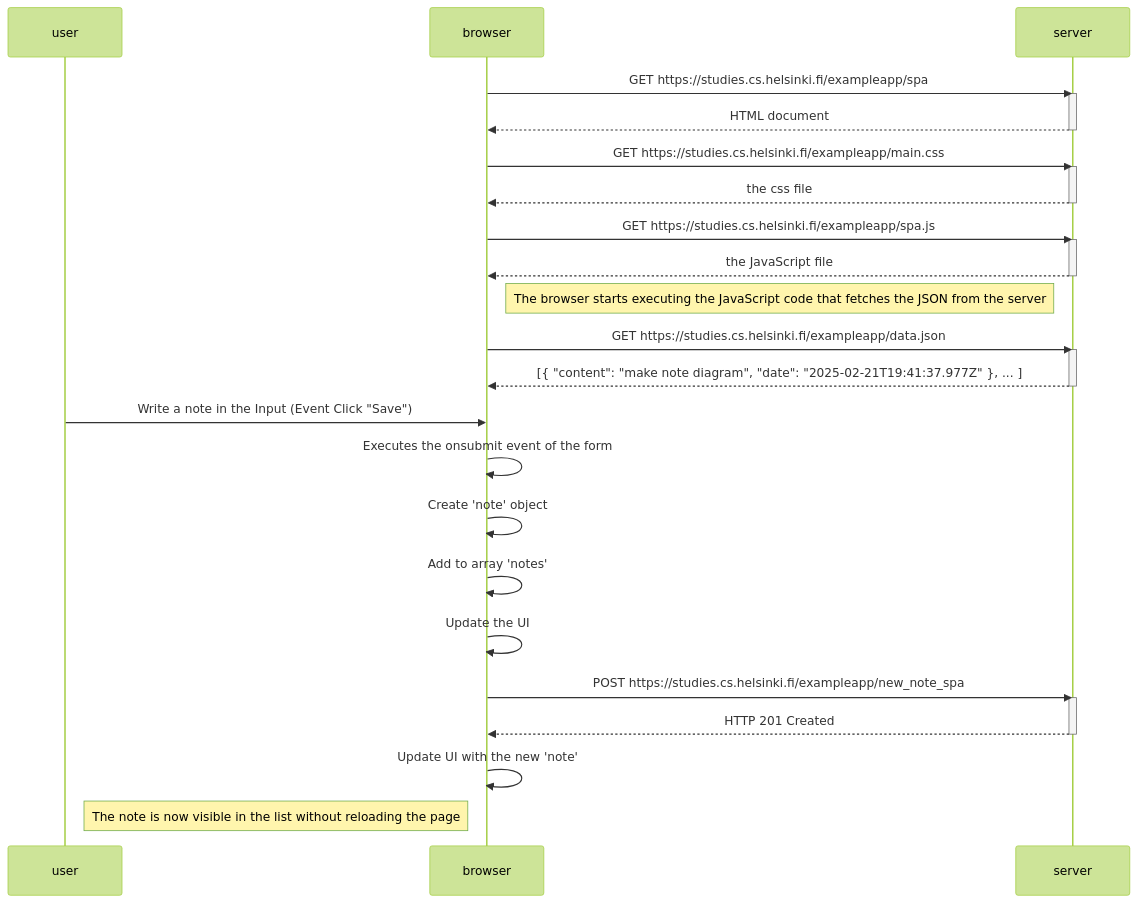
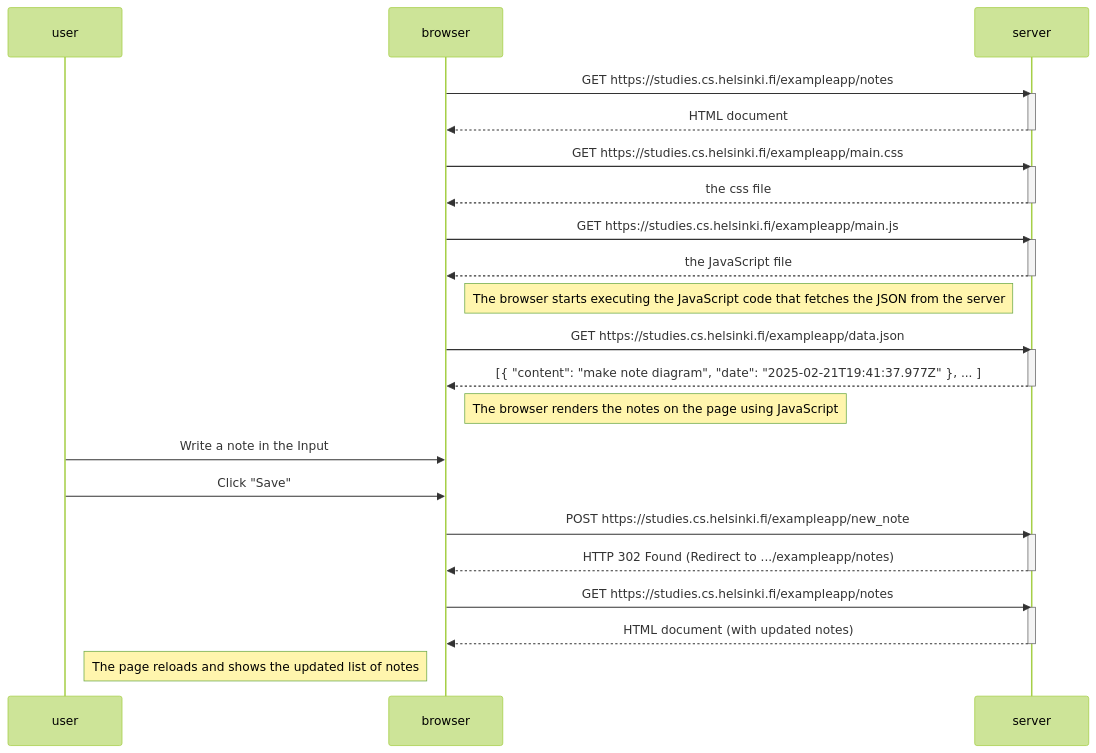
The diagram in part0/0.4-new-note-diagram.md (AlexHuaracha/full-stack-open), drawn with Mermaid (forest theme) before and after one commit.

Commit message:
update 0.4-new-note-diagram

````diff
--- a/part0/0.4-new-note-diagram.md
+++ b/part0/0.4-new-note-diagram.md
@@ -1,42 +1,46 @@
 ```mermaid
 
 sequenceDiagram
     participant user
     participant browser
     participant server
 
-    browser->>server: GET https://studies.cs.helsinki.fi/exampleapp/spa
+    browser->>server: GET https://studies.cs.helsinki.fi/exampleapp/notes
     activate server
     server-->>browser: HTML document
     deactivate server
 
     browser->>server: GET https://studies.cs.helsinki.fi/exampleapp/main.css
     activate server
     server-->>browser: the css file
     deactivate server
 
-    browser->>server: GET https://studies.cs.helsinki.fi/exampleapp/spa.js
+    browser->>server: GET https://studies.cs.helsinki.fi/exampleapp/main.js
     activate server
     server-->>browser: the JavaScript file
     deactivate server
 
     Note right of browser: The browser starts executing the JavaScript code that fetches the JSON from the server
 
     browser->>server: GET https://studies.cs.helsinki.fi/exampleapp/data.json
     activate server
     server-->>browser: [{ "content": "make note diagram", "date": "2025-02-21T19:41:37.977Z" }, ... ]
     deactivate server
 
-    user->>browser: Write a note in the Input (Event Click "Save")
-    browser->>browser: Executes the onsubmit event of the form
-    browser->>browser: Create 'note' object
-    browser->>browser: Add to array 'notes'
-    browser->>browser: Update the UI
-    browser->>server: POST https://studies.cs.helsinki.fi/exampleapp/new_note_spa
+    Note right of browser: The browser renders the notes on the page using JavaScript
+
+    user->>browser: Write a note in the Input
+    user->>browser: Click "Save"
+    browser->>server: POST https://studies.cs.helsinki.fi/exampleapp/new_note
     activate server
-    server-->>browser: HTTP 201 Created
+    server-->>browser: HTTP 302 Found (Redirect to .../exampleapp/notes)
     deactivate server
-    browser->>browser: Update UI with the new 'note'
-    Note left of browser: The note is now visible in the list without reloading the page
+
+    browser->>server: GET https://studies.cs.helsinki.fi/exampleapp/notes
+    activate server
+    server-->>browser: HTML document (with updated notes)
+    deactivate server
+
+    Note left of browser: The page reloads and shows the updated list of notes
 
 ```
````
